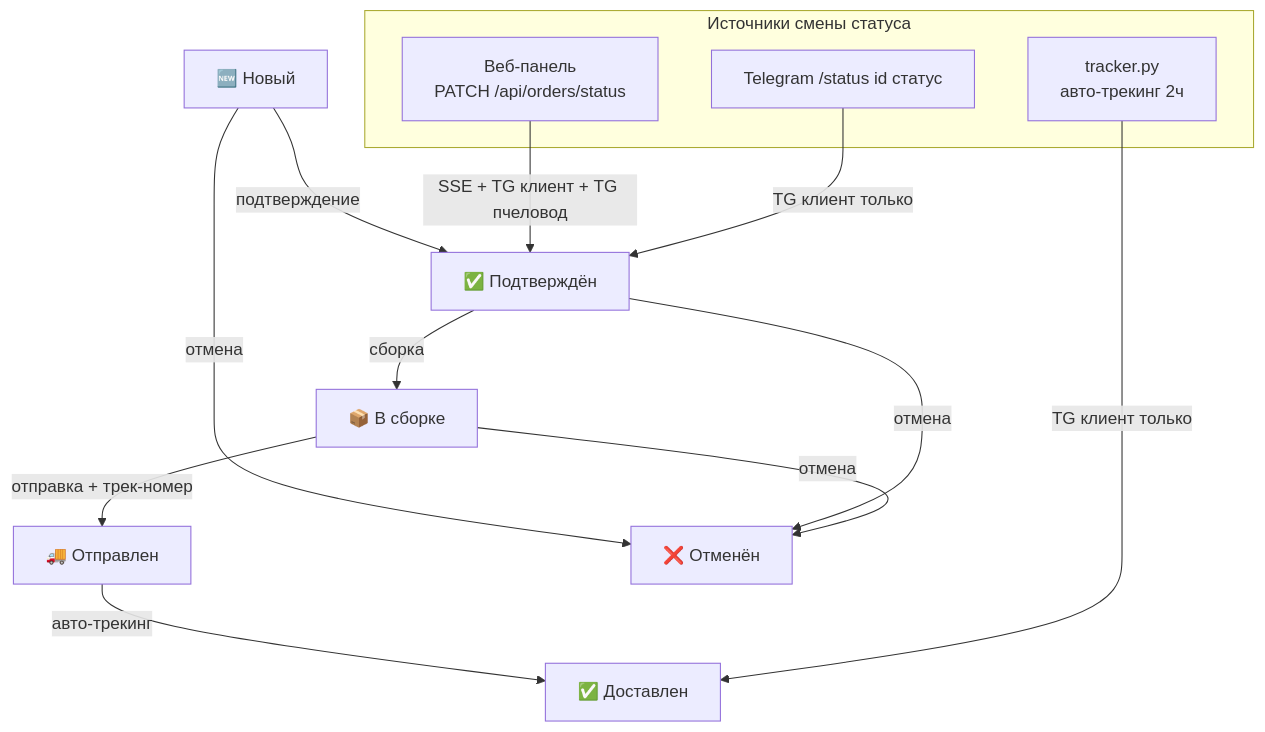
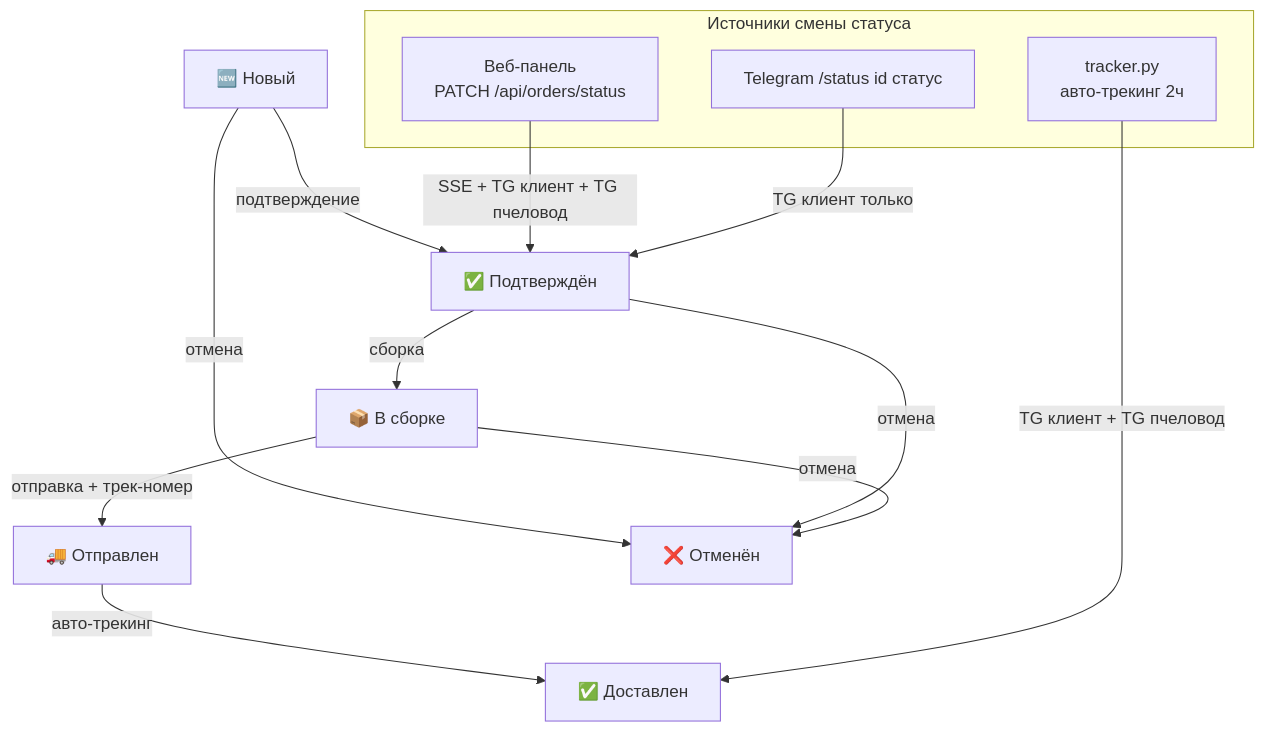
The fifth of 10 diagrams in docs/architecture.md (unidel2035/BEEBOT), drawn with Mermaid before and after one commit. The commit also changed other lines of this file and 18 other files, not shown here.

````diff
--- a/docs/architecture.md
+++ b/docs/architecture.md
@@ -205,27 +205,27 @@
 ```mermaid
 flowchart TD
     NEW[🆕 Новый]
     CONF[✅ Подтверждён]
     PACK[📦 В сборке]
     SENT[🚚 Отправлен]
     DONE[✅ Доставлен]
     CANCEL[❌ Отменён]
 
     NEW -->|подтверждение| CONF
     CONF -->|сборка| PACK
     PACK -->|отправка + трек-номер| SENT
     SENT -->|авто-трекинг| DONE
     NEW -->|отмена| CANCEL
     CONF -->|отмена| CANCEL
     PACK -->|отмена| CANCEL
 
     subgraph Источники смены статуса
         WEB[Веб-панель<br/>PATCH /api/orders/status]
         TGCMD[Telegram /status id статус]
         AUTO[tracker.py<br/>авто-трекинг 2ч]
     end
 
     WEB -->|SSE + TG клиент + TG пчеловод| CONF
     TGCMD -->|TG клиент только| CONF
-    AUTO -->|TG клиент только| DONE
+    AUTO -->|TG клиент + TG пчеловод| DONE
 ```
````
